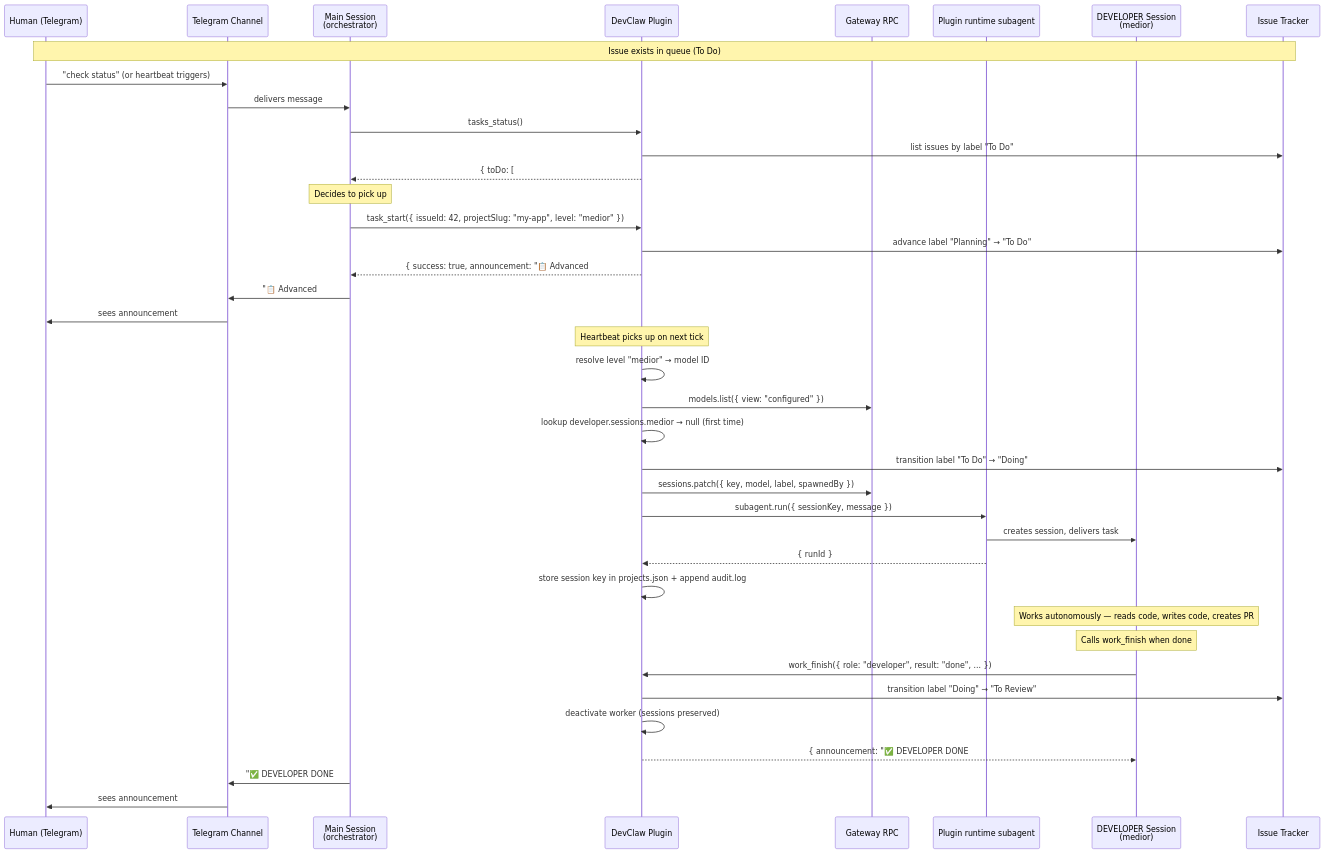
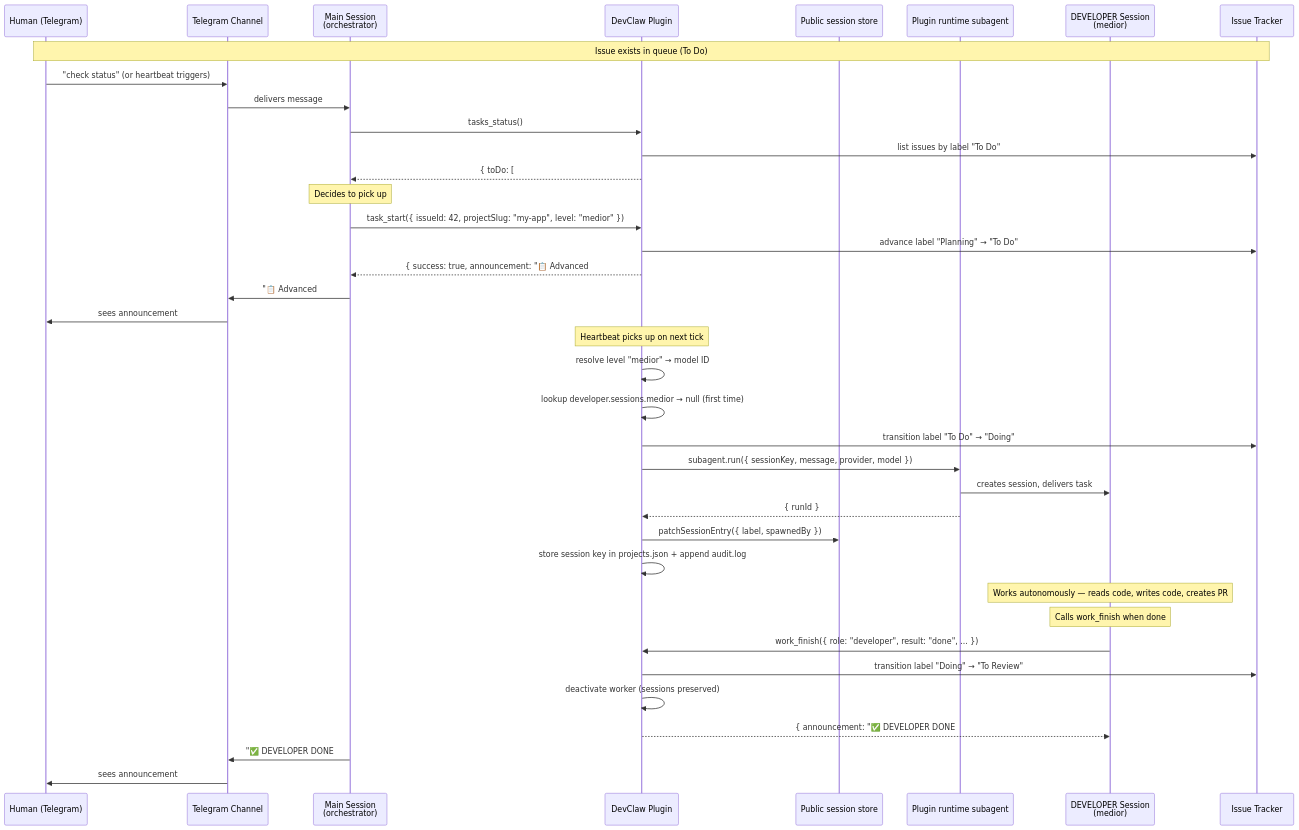
The fourth of 13 diagrams in docs/ARCHITECTURE.md (yaqub0r/devclaw), drawn with Mermaid before and after one commit. The commit also changed other lines of this file and 6 other files, not shown here.

Commit message:
fix: use public subagent runtime for dispatch (#248)

````diff
--- a/docs/ARCHITECTURE.md
+++ b/docs/ARCHITECTURE.md
@@ -227,50 +234,49 @@
 ```mermaid
 sequenceDiagram
     participant H as Human (Telegram)
     participant TG as Telegram Channel
     participant MS as Main Session<br/>(orchestrator)
     participant DC as DevClaw Plugin
-    participant GW as Gateway RPC
+    participant META as Public session store
     participant SUB as Plugin runtime subagent
     participant DEV as DEVELOPER Session<br/>(medior)
     participant GL as Issue Tracker
 
     Note over H,GL: Issue exists in queue (To Do)
 
     H->>TG: "check status" (or heartbeat triggers)
     TG->>MS: delivers message
     MS->>DC: tasks_status()
     DC->>GL: list issues by label "To Do"
     DC-->>MS: { toDo: [#42], developer: idle }
 
     Note over MS: Decides to pick up #42 for DEVELOPER as medior
 
     MS->>DC: task_start({ issueId: 42, projectSlug: "my-app", level: "medior" })
     DC->>GL: advance label "Planning" → "To Do"
     DC-->>MS: { success: true, announcement: "📋 Advanced #42 to queue" }
 
     MS->>TG: "📋 Advanced #42 to queue (medior)"
     TG->>H: sees announcement
 
     Note over DC: Heartbeat picks up on next tick
     DC->>DC: resolve level "medior" → model ID
-    DC->>GW: models.list({ view: "configured" })
     DC->>DC: lookup developer.sessions.medior → null (first time)
     DC->>GL: transition label "To Do" → "Doing"
-    DC->>GW: sessions.patch({ key, model, label, spawnedBy })
-    DC->>SUB: subagent.run({ sessionKey, message })
+    DC->>SUB: subagent.run({ sessionKey, message, provider, model })
     SUB->>DEV: creates session, delivers task
     SUB-->>DC: { runId }
+    DC->>META: patchSessionEntry({ label, spawnedBy })
     DC->>DC: store session key in projects.json + append audit.log
 
     Note over DEV: Works autonomously — reads code, writes code, creates PR
     Note over DEV: Calls work_finish when done
 
     DEV->>DC: work_finish({ role: "developer", result: "done", ... })
     DC->>GL: transition label "Doing" → "To Review"
     DC->>DC: deactivate worker (sessions preserved)
     DC-->>DEV: { announcement: "✅ DEVELOPER DONE #42" }
 
     MS->>TG: "✅ DEVELOPER DONE #42 — moved to review queue"
     TG->>H: sees announcement
 ```
````
